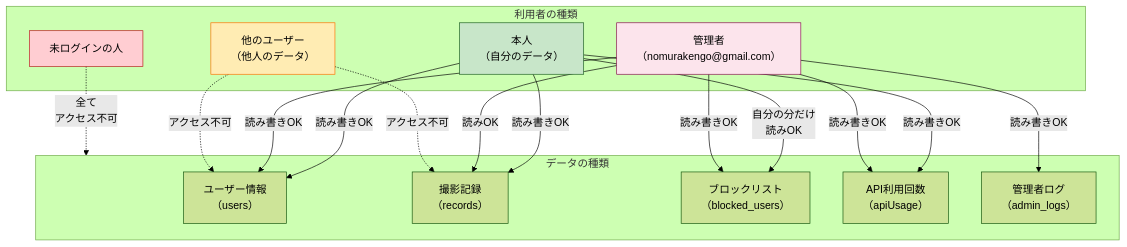
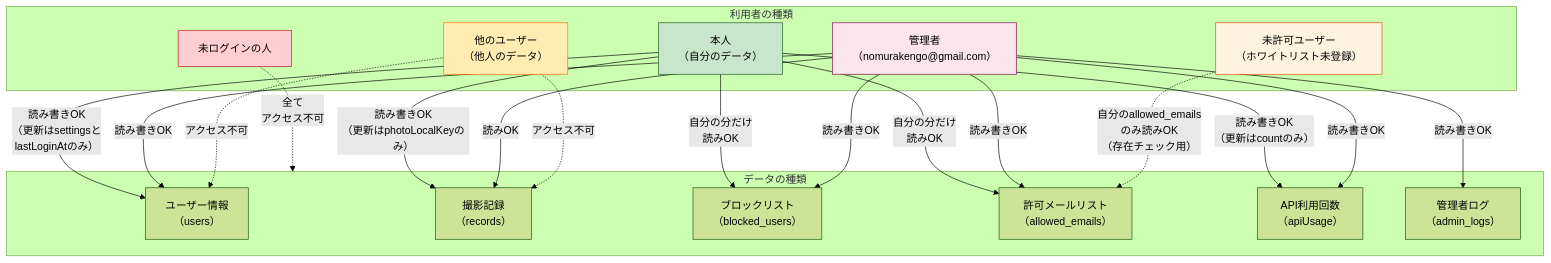
The tenth of 11 diagrams in docs/04-system-architecture.md (Kengo55555/Flower_shot), drawn with Mermaid (forest theme) before and after one commit. The commit also changed other lines of this file and 5 other files, not shown here.

````diff
--- a/docs/04-system-architecture.md
+++ b/docs/04-system-architecture.md
@@ -680,37 +713,43 @@
 ```mermaid
 flowchart TD
     subgraph Users["利用者の種類"]
         Self["本人\n（自分のデータ）"]
         Other["他のユーザー\n（他人のデータ）"]
         AdminUser["管理者\n（nomurakengo@gmail.com）"]
+        NotAllowedUser["未許可ユーザー\n（ホワイトリスト未登録）"]
         Anon["未ログインの人"]
     end
 
     subgraph Data["データの種類"]
         UsersData["ユーザー情報\n（users）"]
         RecordsData["撮影記録\n（records）"]
         BlockedData["ブロックリスト\n（blocked_users）"]
+        AllowedData["許可メールリスト\n（allowed_emails）"]
         ApiData["API利用回数\n（apiUsage）"]
         LogsData["管理者ログ\n（admin_logs）"]
     end
 
-    Self -->|"読み書きOK"| UsersData
-    Self -->|"読み書きOK"| RecordsData
+    Self -->|"読み書きOK\n（更新はsettingsと\nlastLoginAtのみ）"| UsersData
+    Self -->|"読み書きOK\n（更新はphotoLocalKeyのみ）"| RecordsData
     Self -->|"自分の分だけ\n読みOK"| BlockedData
-    Self -->|"読み書きOK"| ApiData
+    Self -->|"自分の分だけ\n読みOK"| AllowedData
+    Self -->|"読み書きOK\n（更新はcountのみ）"| ApiData
 
     AdminUser -->|"読み書きOK"| UsersData
     AdminUser -->|"読みOK"| RecordsData
     AdminUser -->|"読み書きOK"| BlockedData
+    AdminUser -->|"読み書きOK"| AllowedData
     AdminUser -->|"読み書きOK"| ApiData
     AdminUser -->|"読み書きOK"| LogsData
 
     Other -.->|"アクセス不可"| UsersData
     Other -.->|"アクセス不可"| RecordsData
+    NotAllowedUser -.->|"自分のallowed_emails\nのみ読みOK\n（存在チェック用）"| AllowedData
     Anon -.->|"全て\nアクセス不可"| Data
 
     style Self fill:#C8E6C9,stroke:#1B5E20
     style AdminUser fill:#FCE4EC,stroke:#880E4F
     style Other fill:#FFECB3,stroke:#FF6F00
+    style NotAllowedUser fill:#FFF3E0,stroke:#E65100
     style Anon fill:#FFCDD2,stroke:#B71C1C
 ```
````
